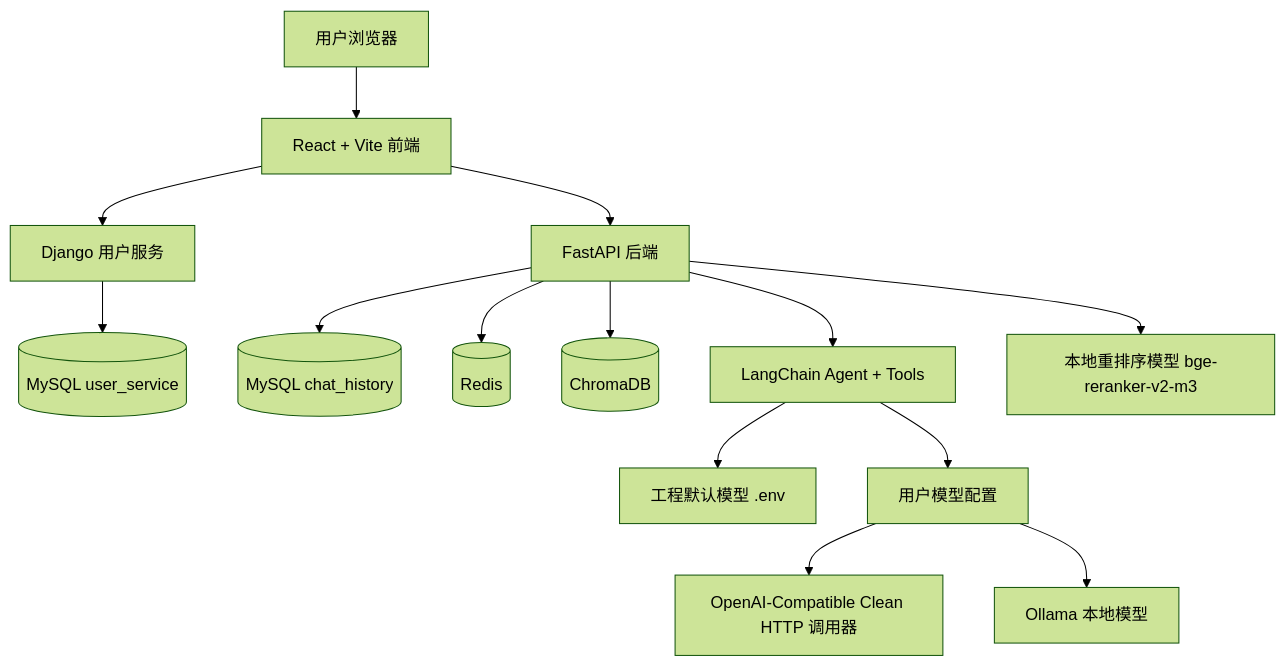
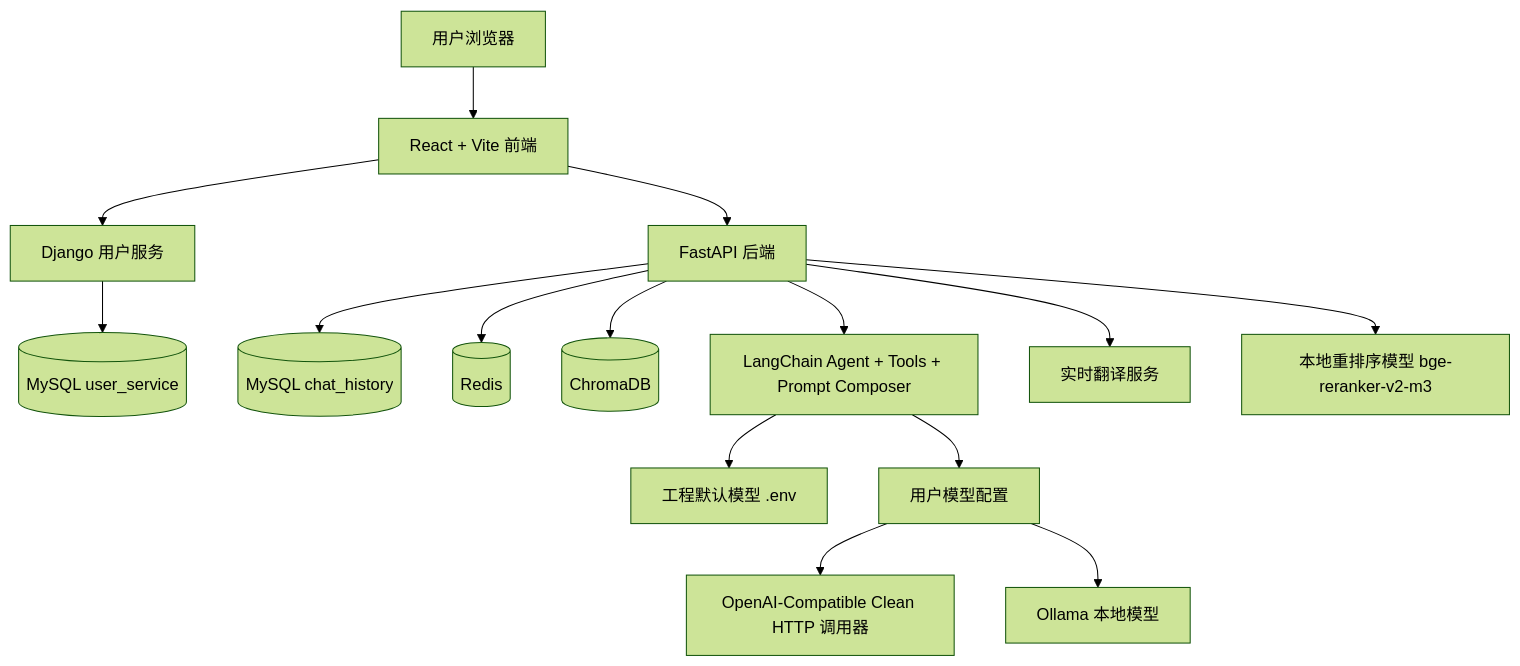
The diagram in README.md (STliuEN/Doki-Assistant), drawn with Mermaid (forest theme) before and after one commit. The commit also changed other lines of this file and 5 other files, not shown here.

````diff
--- a/README.md
+++ b/README.md
@@ -80,16 +84,17 @@
 ```mermaid
 flowchart TD
   U[用户浏览器] --> F[React + Vite 前端]
   F --> B[FastAPI 后端]
   F --> D[Django 用户服务]
   D --> UserDB[(MySQL user_service)]
   B --> AppDB[(MySQL chat_history)]
   B --> Redis[(Redis)]
   B --> Chroma[(ChromaDB)]
-  B --> Agent[LangChain Agent + Tools]
+  B --> Agent[LangChain Agent + Tools + Prompt Composer]
+  B --> Translate[实时翻译服务]
   Agent --> DefaultLLM[工程默认模型 .env]
   Agent --> UserLLM[用户模型配置]
   UserLLM --> CleanOpenAI[OpenAI-Compatible Clean HTTP 调用器]
   UserLLM --> Ollama[Ollama 本地模型]
   B --> Reranker[本地重排序模型 bge-reranker-v2-m3]
 ```
````
